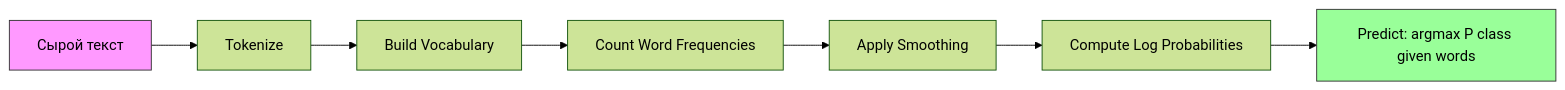
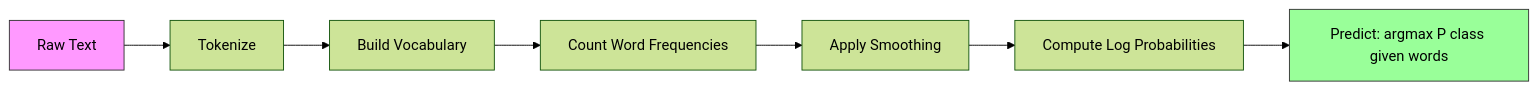
The diagram in phases/02-ml-fundamentals/14-naive-bayes/docs/ru.md (stabuev/ai-engineering-from-scratch), drawn with Mermaid (forest theme) before and after one commit. The commit also changed 182 other files, not shown here.

````diff
--- a/phases/02-ml-fundamentals/14-naive-bayes/docs/ru.md
+++ b/phases/02-ml-fundamentals/14-naive-bayes/docs/ru.md
@@ -209,12 +209,12 @@
 ```mermaid
 flowchart LR
-    A[Сырой текст] --> B[Tokenize]
+    A[Raw Text] --> B[Tokenize]
     B --> C[Build Vocabulary]
     C --> D[Count Word Frequencies]
     D --> E[Apply Smoothing]
     E --> F[Compute Log Probabilities]
     F --> G[Predict: argmax P class given words]
 
     style A fill:#f9f,stroke:#333
     style G fill:#9f9,stroke:#333
 ```
````
